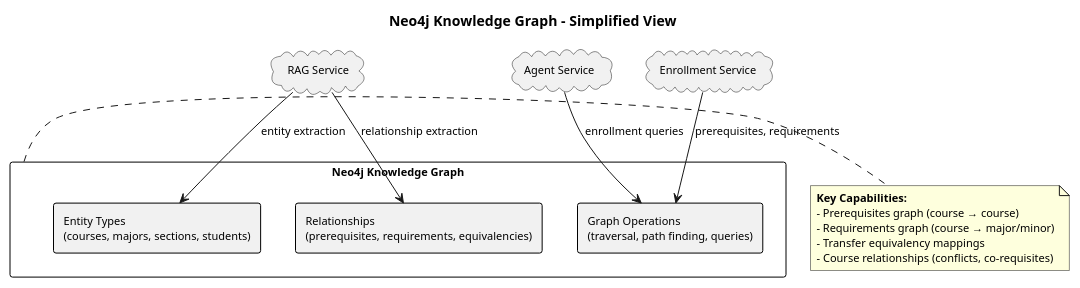
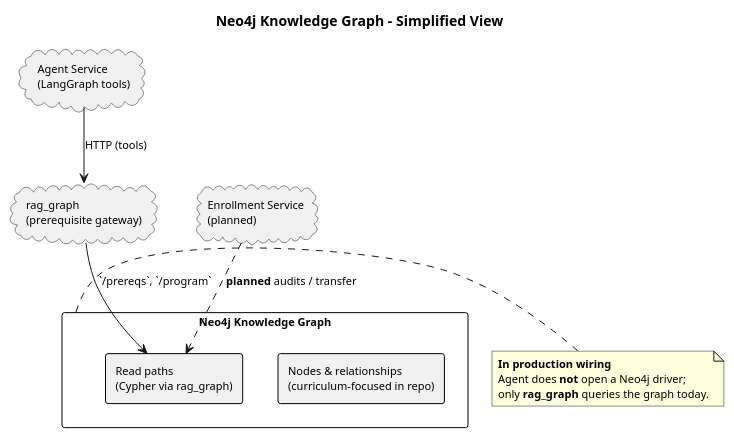
The diagram in docs/architecture/03_knowledge/neo4j/A3_01_component_neo4j_graph_simple.puml (HenryNVP/enrollment-assistance), drawn with PlantUML before and after one commit. The commit also changed other lines of this file and 42 other files, not shown here.

```diff
--- a/docs/architecture/03_knowledge/neo4j/A3_01_component_neo4j_graph_simple.puml
+++ b/docs/architecture/03_knowledge/neo4j/A3_01_component_neo4j_graph_simple.puml
@@ -1,35 +1,31 @@
 @startuml A3_01_component_neo4j_graph_simple
 title Neo4j Knowledge Graph – Simplified View
 
 skinparam shadowing false
 skinparam defaultFontName Arial
 skinparam defaultFontSize 11
 skinparam rectangle {
   BorderColor #000000
   BorderThickness 1
 }
 
 rectangle "Neo4j Knowledge Graph" as NEO4J {
-  rectangle "Entity Types\n(courses, majors, sections, students)" as ENTITIES
-  rectangle "Relationships\n(prerequisites, requirements, equivalencies)" as RELATIONS
-  rectangle "Graph Operations\n(traversal, path finding, queries)" as OPS
+  rectangle "Nodes & relationships\n(curriculum-focused in repo)" as ENTITIES
+  rectangle "Read paths\n(Cypher via rag_graph)" as OPS
 }
 
-cloud "RAG Service" as RAG
-cloud "Agent Service" as AGENT
-cloud "Enrollment Service" as ENROLLMENT
+cloud "rag_graph\n(prerequisite gateway)" as RAG_GRAPH
+cloud "Agent Service\n(LangGraph tools)" as AGENT
+cloud "Enrollment Service\n(planned)" as ENROLLMENT
 
-RAG --> ENTITIES : entity extraction
-RAG --> RELATIONS : relationship extraction
-AGENT --> OPS : enrollment queries
-ENROLLMENT --> OPS : prerequisites, requirements
+RAG_GRAPH --> OPS : `/prereqs`, `/program`
+AGENT --> RAG_GRAPH : HTTP (tools)
+ENROLLMENT ..> OPS : **planned** audits / transfer
 
 note right of NEO4J
-**Key Capabilities:**
-- Prerequisites graph (course → course)
-- Requirements graph (course → major/minor)
-- Transfer equivalency mappings
-- Course relationships (conflicts, co-requisites)
+**In production wiring**
+Agent does **not** open a Neo4j driver;
+only **rag_graph** queries the graph today.
 end note
 
 @enduml
```
